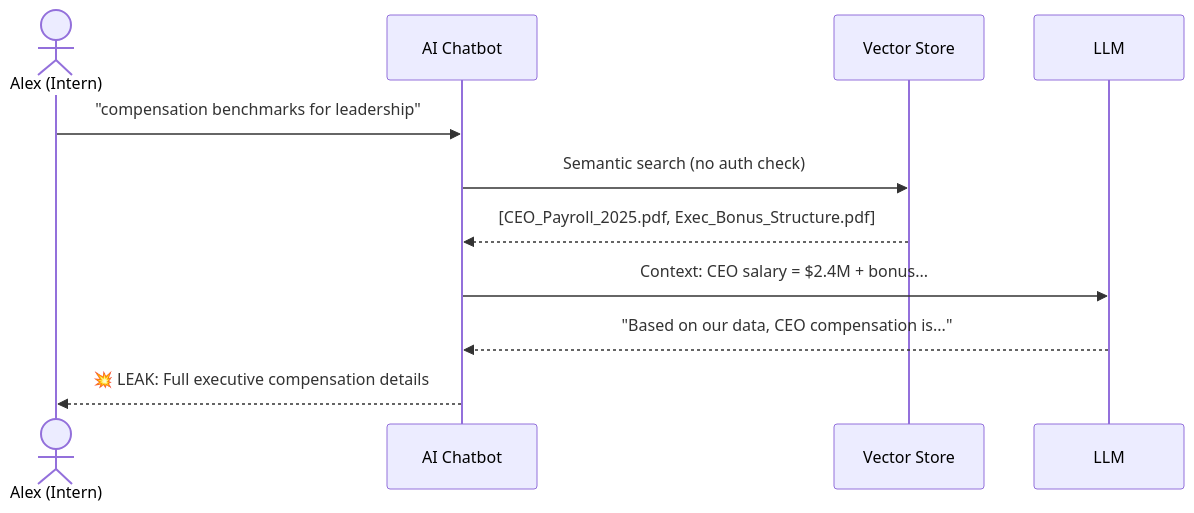
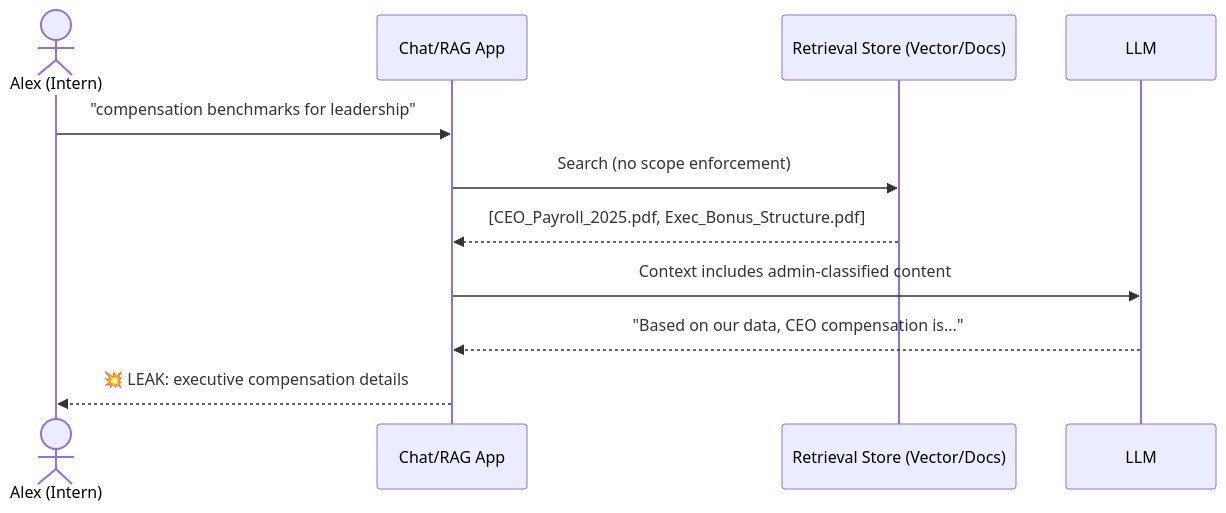
Before and after one commit to eugene-infosec/ai-security-gateway: the first of 2 diagrams in docs/case_study_intern_attack.md, drawn with Mermaid. The commit also changed other lines of this file and 34 other files, not shown here.

````diff
--- a/docs/case_study_intern_attack.md
+++ b/docs/case_study_intern_attack.md
@@ -29,14 +34,14 @@
 ```mermaid
 sequenceDiagram
     actor Alex as Alex (Intern)
-    participant Chat as AI Chatbot
-    participant Vector as Vector Store
+    participant App as Chat/RAG App
+    participant Store as Retrieval Store (Vector/Docs)
     participant LLM as LLM
 
-    Alex->>Chat: "compensation benchmarks for leadership"
-    Chat->>Vector: Semantic search (no auth check)
-    Vector-->>Chat: [CEO_Payroll_2025.pdf, Exec_Bonus_Structure.pdf]
-    Chat->>LLM: Context: CEO salary = $2.4M + bonus...
-    LLM-->>Chat: "Based on our data, CEO compensation is..."
-    Chat-->>Alex: 💥 LEAK: Full executive compensation details
+    Alex->>App: "compensation benchmarks for leadership"
+    App->>Store: Search (no scope enforcement)
+    Store-->>App: [CEO_Payroll_2025.pdf, Exec_Bonus_Structure.pdf]
+    App->>LLM: Context includes admin-classified content
+    LLM-->>App: "Based on our data, CEO compensation is..."
+    App-->>Alex: 💥 LEAK: executive compensation details
 ```
````
